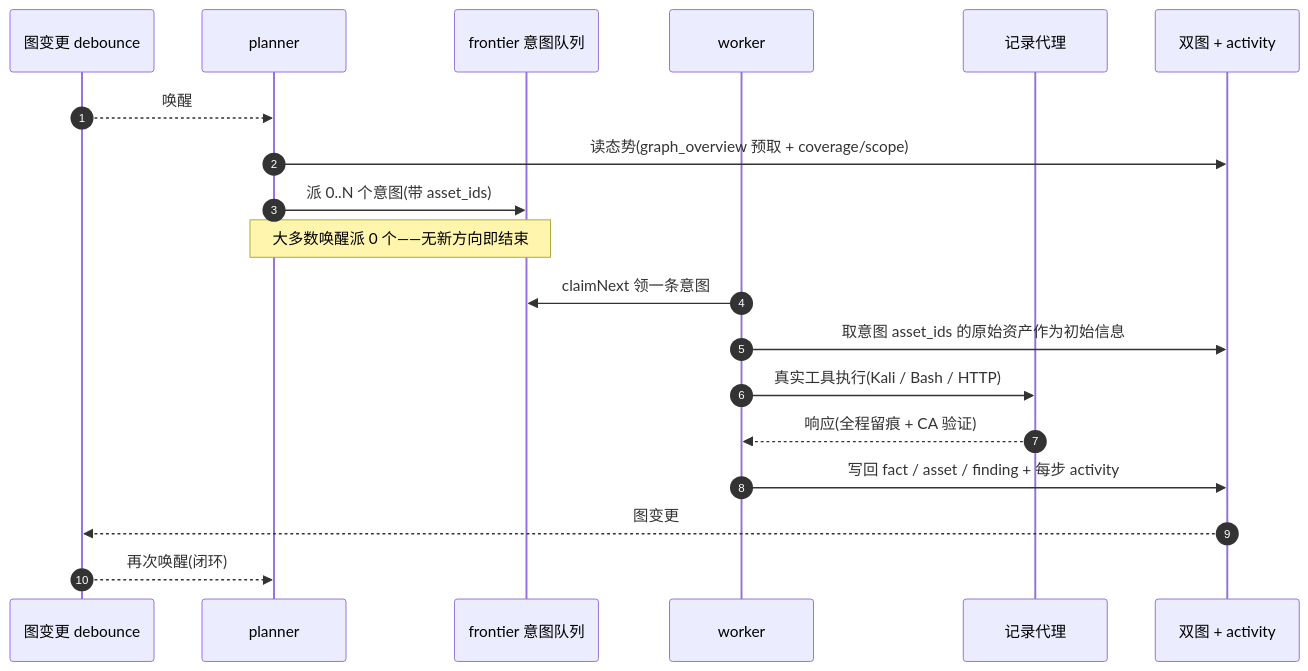
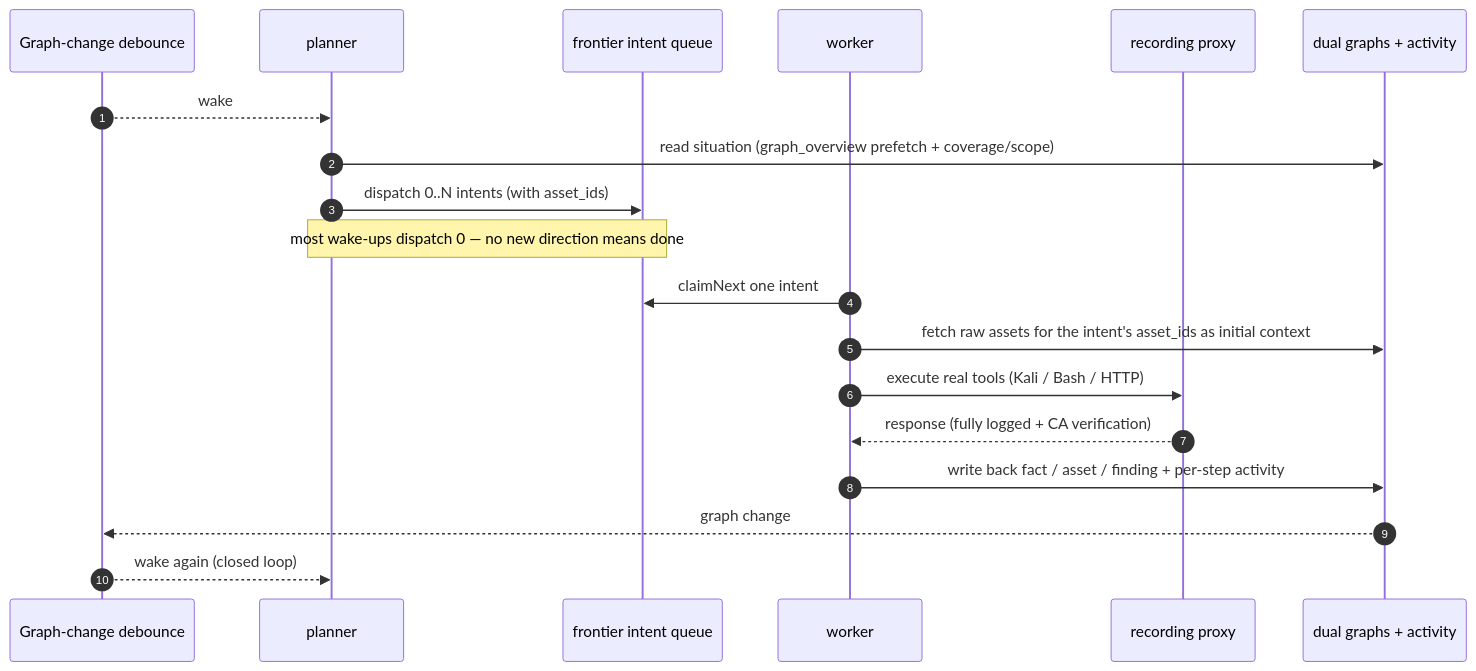
Before and after one commit to mokerenki/cautious-memory: the third of 5 diagrams in README.md, drawn with Mermaid. The commit also changed other lines of this file, not shown here.

````diff
--- a/README.md
+++ b/README.md
@@ -387,22 +373,22 @@
 ```mermaid
 sequenceDiagram
   autonumber
-  participant EV as 图变更 debounce
+  participant EV as Graph-change debounce
   participant P as planner
-  participant FR as frontier 意图队列
+  participant FR as frontier intent queue
   participant W as worker
-  participant PX as 记录代理
-  participant DB as 双图 + activity
+  participant PX as recording proxy
+  participant DB as dual graphs + activity
 
-  EV-->>P: 唤醒
-  P->>DB: 读态势(graph_overview 预取 + coverage/scope)
-  P->>FR: 派 0..N 个意图(带 asset_ids)
-  Note over P,FR: 大多数唤醒派 0 个——无新方向即结束
-  W->>FR: claimNext 领一条意图
-  W->>DB: 取意图 asset_ids 的原始资产作为初始信息
-  W->>PX: 真实工具执行(Kali / Bash / HTTP)
-  PX-->>W: 响应(全程留痕 + CA 验证)
-  W->>DB: 写回 fact / asset / finding + 每步 activity
-  DB-->>EV: 图变更
-  EV-->>P: 再次唤醒(闭环)
+  EV-->>P: wake
+  P->>DB: read situation (graph_overview prefetch + coverage/scope)
+  P->>FR: dispatch 0..N intents (with asset_ids)
+  Note over P,FR: most wake-ups dispatch 0 — no new direction means done
+  W->>FR: claimNext one intent
+  W->>DB: fetch raw assets for the intent's asset_ids as initial context
+  W->>PX: execute real tools (Kali / Bash / HTTP)
+  PX-->>W: response (fully logged + CA verification)
+  W->>DB: write back fact / asset / finding + per-step activity
+  DB-->>EV: graph change
+  EV-->>P: wake again (closed loop)
 ```
````
